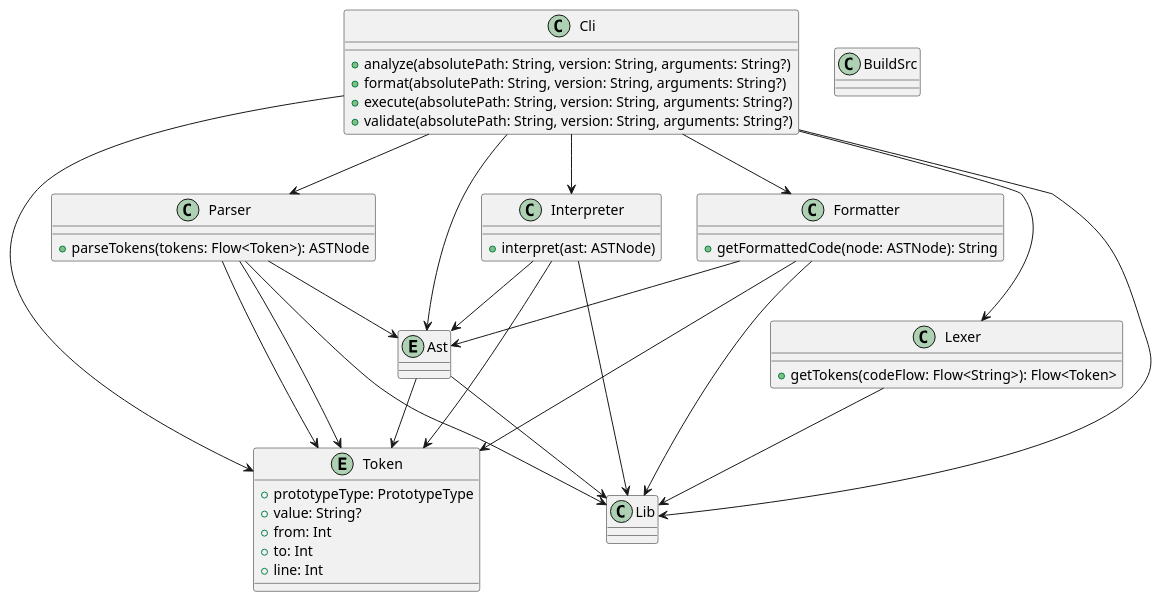
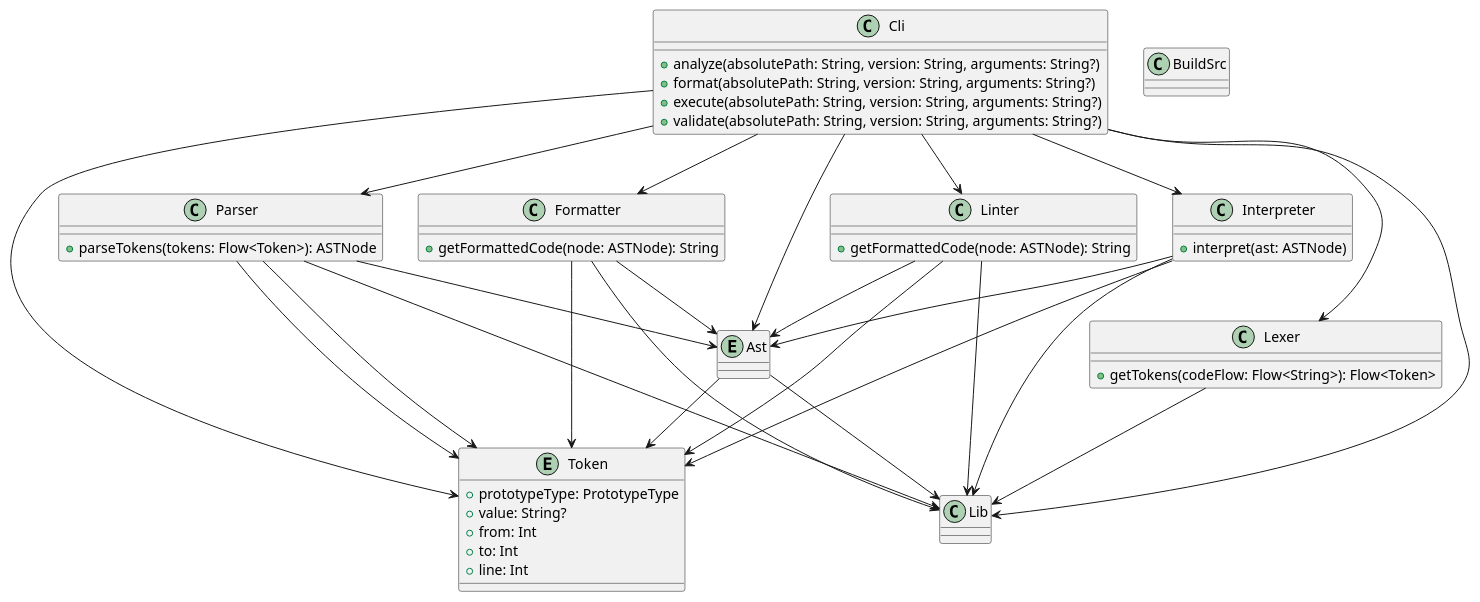
The diagram in printscript.puml (Nachoferra1894/printscript), drawn with PlantUML before and after one commit.

Commit message:
added linter, TODO finish

```diff
--- a/printscript.puml
+++ b/printscript.puml
@@ -1,66 +1,74 @@
 @startuml
 entity Token {
     + prototypeType: PrototypeType
     + value: String?
     + from: Int
     + to: Int
     + line: Int
 }
 entity Ast {}
 
 Ast --> Lib
 Ast --> Token
 
 class Parser {
     + parseTokens(tokens: Flow<Token>): ASTNode
 }
 
 Parser --> Lib
 Parser --> Ast
 Parser --> Token
 
 class Lexer {
     + getTokens(codeFlow: Flow<String>): Flow<Token>
 }
 
 Lexer --> Lib
 Parser --> Token
 
 class Interpreter {
     + interpret(ast: ASTNode)
 }
 
 Interpreter --> Lib
 Interpreter --> Ast
 Interpreter --> Token
 
 class Formatter {
     + getFormattedCode(node: ASTNode): String
 }
 
 Formatter --> Lib
 Formatter --> Ast
 Formatter --> Token
 
 class Cli {
     + analyze(absolutePath: String, version: String, arguments: String?)
     + format(absolutePath: String, version: String, arguments: String?)
     + execute(absolutePath: String, version: String, arguments: String?)
     + validate(absolutePath: String, version: String, arguments: String?)
 }
 
 Cli --> Lib
 Cli --> Ast
 Cli --> Token
 Cli --> Parser
 Cli --> Lexer
 Cli --> Interpreter
 Cli --> Formatter
+Cli --> Linter
 
 class BuildSrc {
 }
 
+class Linter {
+    + getFormattedCode(node: ASTNode): String
+}
+
+Linter --> Lib
+Linter --> Ast
+Linter --> Token
 
 
 
 @enduml
```
